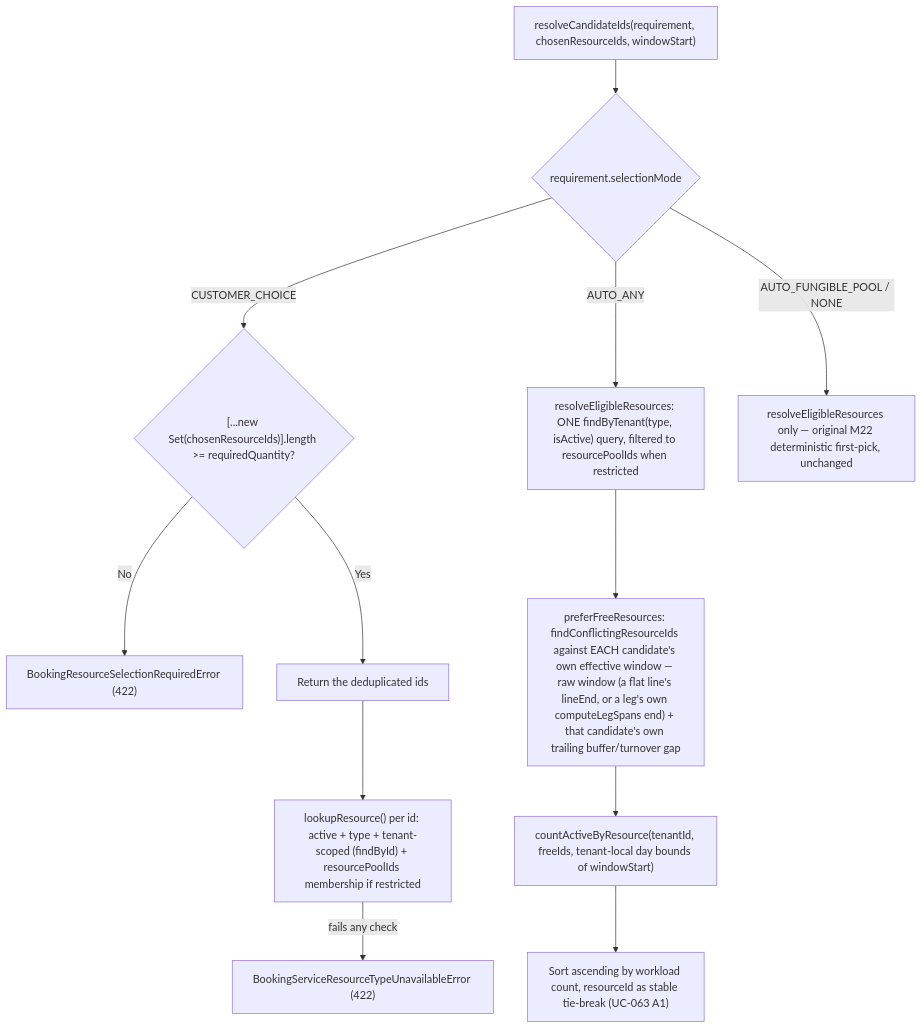
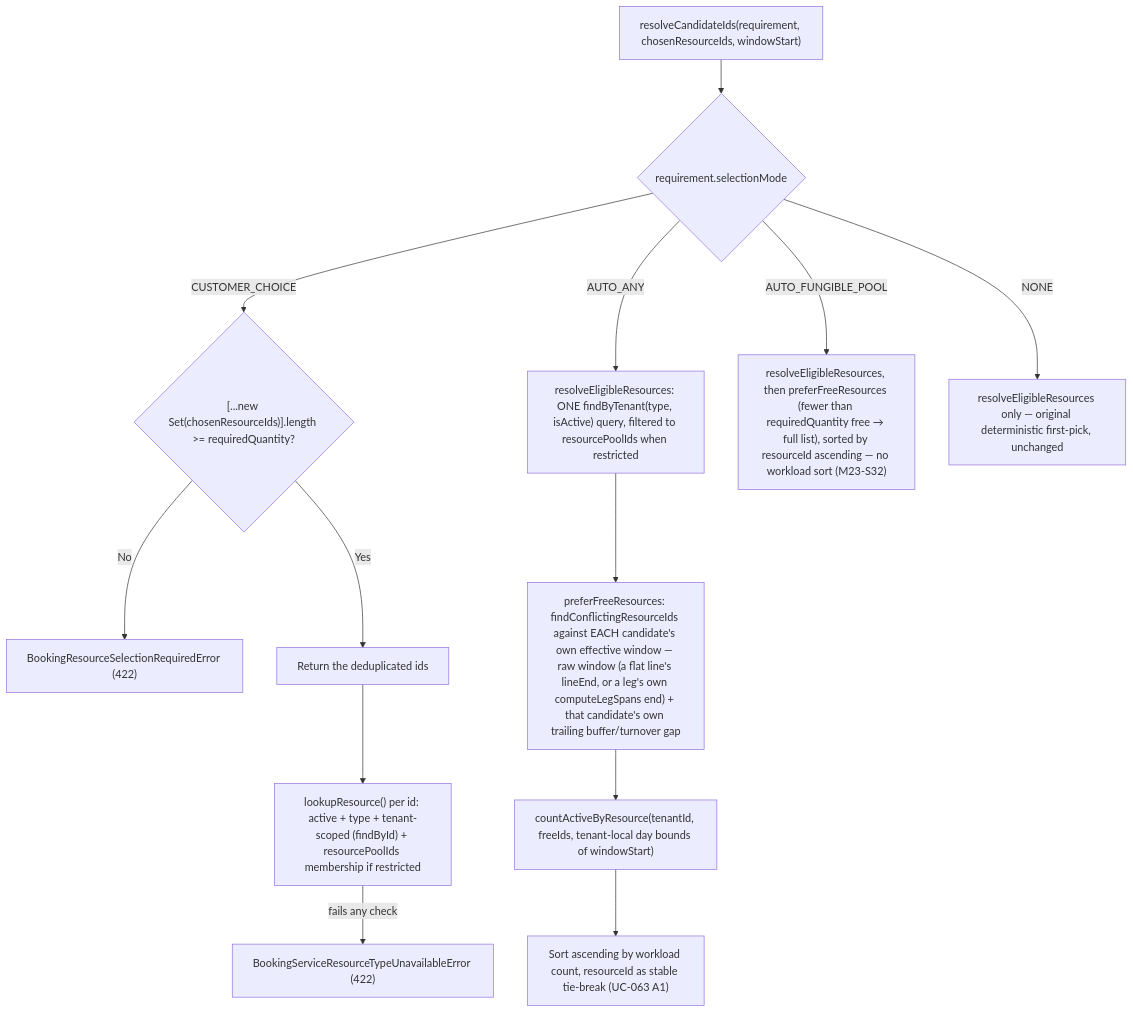
The third of 8 diagrams in docs/27-BUSINESS_LOGIC_REFERENCE.md (lmmoreira/ikaro), drawn with Mermaid before and after one commit. The commit also changed other lines of this file and 1 other file, not shown here.

First line of the commit message:
docs(plan): M23-S32 discovery decisions and docs/27 pool-resolution rule

````diff
--- a/docs/27-BUSINESS_LOGIC_REFERENCE.md
+++ b/docs/27-BUSINESS_LOGIC_REFERENCE.md
@@ -103,16 +103,17 @@
 ```mermaid
 flowchart TD
   A["resolveCandidateIds(requirement, chosenResourceIds, windowStart)"] --> B{"requirement.selectionMode"}
   B -->|CUSTOMER_CHOICE| C{"[...new Set(chosenResourceIds)].length >= requiredQuantity?"}
   C -->|No| D["BookingResourceSelectionRequiredError (422)"]
   C -->|Yes| E["Return the deduplicated ids"]
   E --> F["lookupResource() per id: active + type + tenant-scoped (findById) + resourcePoolIds membership if restricted"]
   F -->|fails any check| G["BookingServiceResourceTypeUnavailableError (422)"]
 
   B -->|AUTO_ANY| H["resolveEligibleResources: ONE findByTenant(type, isActive) query, filtered to resourcePoolIds when restricted"]
   H --> H2["preferFreeResources: findConflictingResourceIds against EACH candidate's own effective window — raw window (a flat line's lineEnd, or a leg's own computeLegSpans end) + that candidate's own trailing buffer/turnover gap"]
   H2 --> I["countActiveByResource(tenantId, freeIds, tenant-local day bounds of windowStart)"]
   I --> J["Sort ascending by workload count, resourceId as stable tie-break (UC-063 A1)"]
 
-  B -->|AUTO_FUNGIBLE_POOL / NONE| K["resolveEligibleResources only — original M22 deterministic first-pick, unchanged"]
+  B -->|AUTO_FUNGIBLE_POOL| K2["resolveEligibleResources, then preferFreeResources (fewer than requiredQuantity free → full list), sorted by resourceId ascending — no workload sort (M23-S32)"]
+  B -->|NONE| K["resolveEligibleResources only — original deterministic first-pick, unchanged"]
 ```
````
